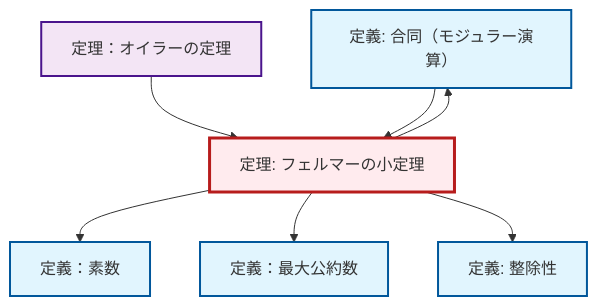
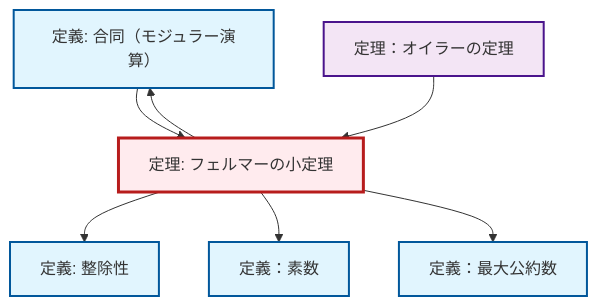
Before and after one commit to RK0429/ModernMath: the diagram in content/ja/number-theory/thm-fermat-little.qmd, drawn with Mermaid. The commit also changed other lines of this file and 1012 other files, not shown here.

````diff
--- a/content/ja/number-theory/thm-fermat-little.qmd
+++ b/content/ja/number-theory/thm-fermat-little.qmd
@@ -91,27 +91,27 @@
 ```{mermaid}
 %%| fig-cap: "Local dependency graph"
 graph TD
     classDef definition fill:#e1f5fe,stroke:#01579b,stroke-width:2px
     classDef theorem fill:#f3e5f5,stroke:#4a148c,stroke-width:2px
     classDef axiom fill:#fff3e0,stroke:#e65100,stroke-width:2px
     classDef example fill:#e8f5e9,stroke:#1b5e20,stroke-width:2px
     classDef current fill:#ffebee,stroke:#b71c1c,stroke-width:3px
+    def-gcd["定義：最大公約数"]:::definition
     def-congruence["定義: 合同（モジュラー演算）"]:::definition
+    thm-euler["定理：オイラーの定理"]:::theorem
     def-divisibility["定義: 整除性"]:::definition
-    thm-euler["定理：オイラーの定理"]:::theorem
     thm-fermat-little["定理: フェルマーの小定理"]:::theorem
-    def-gcd["定義：最大公約数"]:::definition
     def-prime["定義：素数"]:::definition
+    thm-fermat-little --> def-divisibility
     thm-fermat-little --> def-prime
     thm-fermat-little --> def-gcd
+    def-congruence --> thm-fermat-little
     thm-euler --> thm-fermat-little
-    thm-fermat-little --> def-divisibility
-    def-congruence --> thm-fermat-little
     thm-fermat-little --> def-congruence
     class thm-fermat-little current
+    click def-gcd "def-gcd.html" "定義：最大公約数へ"
     click def-congruence "def-congruence.html" "合同（モジュラー演算）の定義へ"
+    click thm-euler "thm-euler.html" "定理：オイラーの定理へ"
     click def-divisibility "def-divisibility.html" "整除性の定義へ"
-    click thm-euler "thm-euler.html" "定理：オイラーの定理へ"
-    click def-gcd "def-gcd.html" "定義：最大公約数へ"
     click def-prime "def-prime.html" "定義：素数へ"
 ```
````
